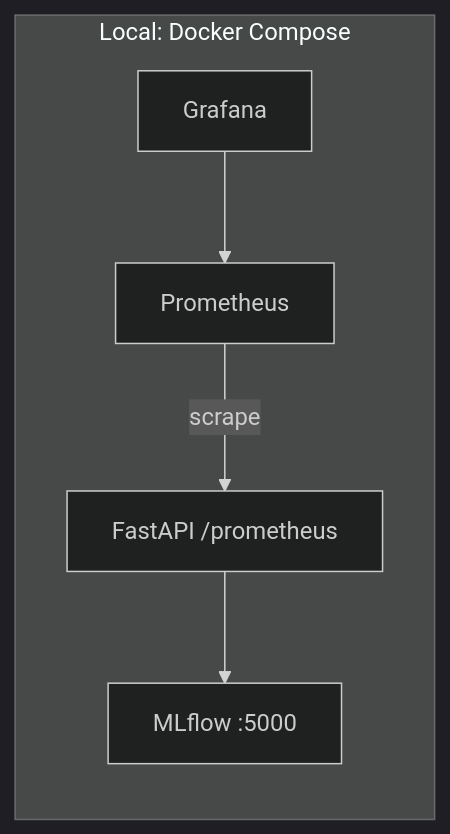
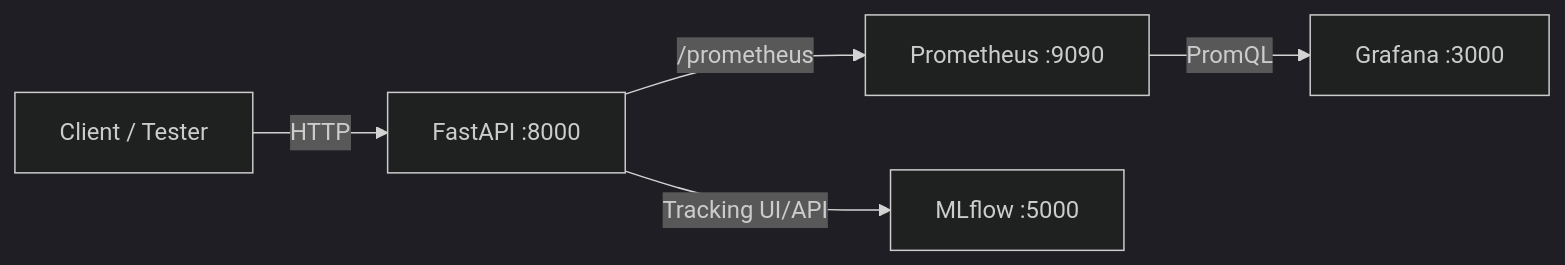
The first of 2 diagrams in README.md (Saeidshahriari/MLOps-Project), drawn with Mermaid (dark theme) before and after one commit. The commit also changed other lines of this file and 2 other files, not shown here.

````diff
--- a/README.md
+++ b/README.md
@@ -12,8 +34,7 @@
 ```mermaid
 flowchart LR
-  subgraph DockerCompose[Local: Docker Compose]
-    P[Prometheus] -->|scrape| A[FastAPI /prometheus]
-    G[Grafana] --> P
-    A --> M[MLflow :5000]
-  end
+  Client[Client / Tester] -->|HTTP| API[FastAPI :8000]
+  API -->|/prometheus| Prom[Prometheus :9090]
+  Prom -->|PromQL| Graf[Grafana :3000]
+  API -->|Tracking UI/API| MLF[MLflow :5000]
 ```
````
